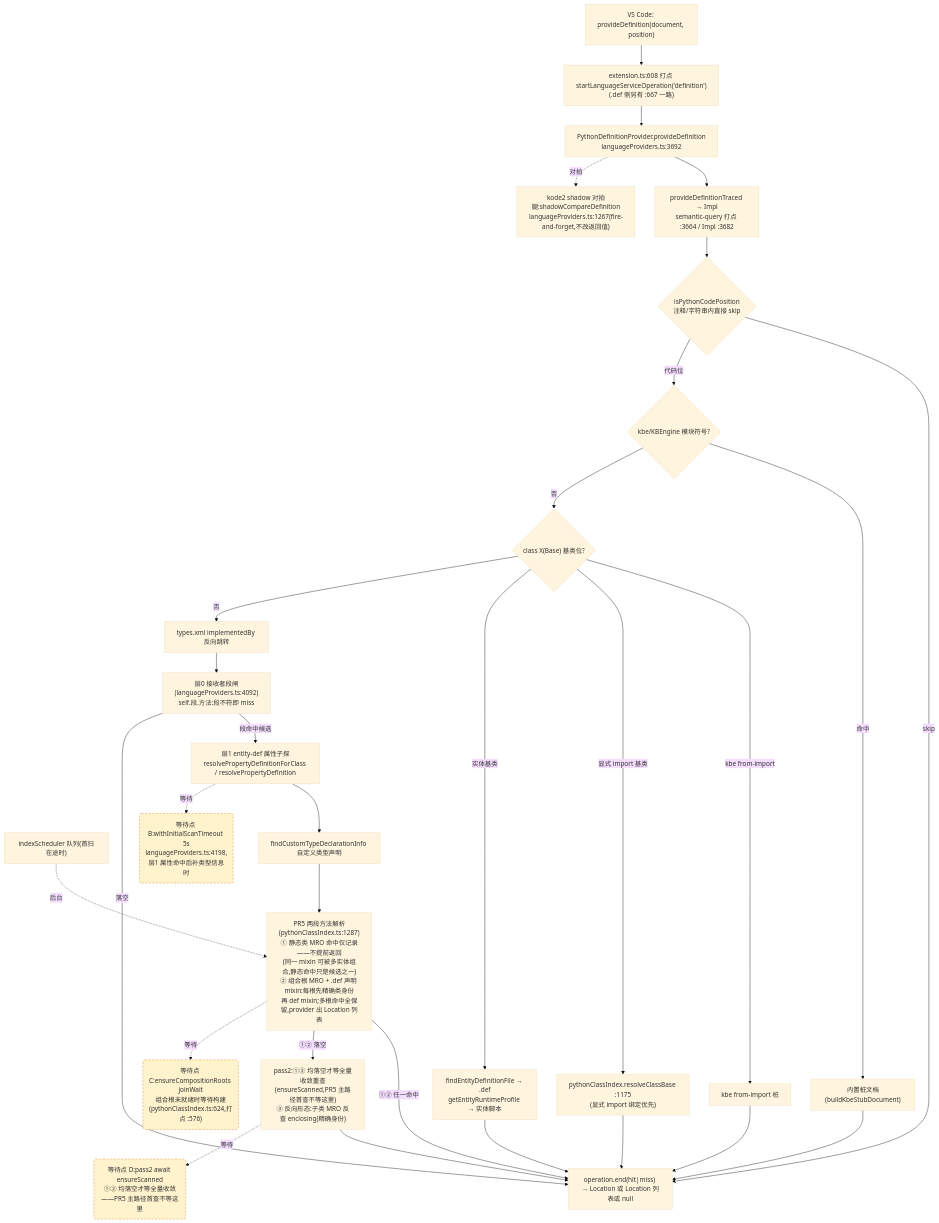
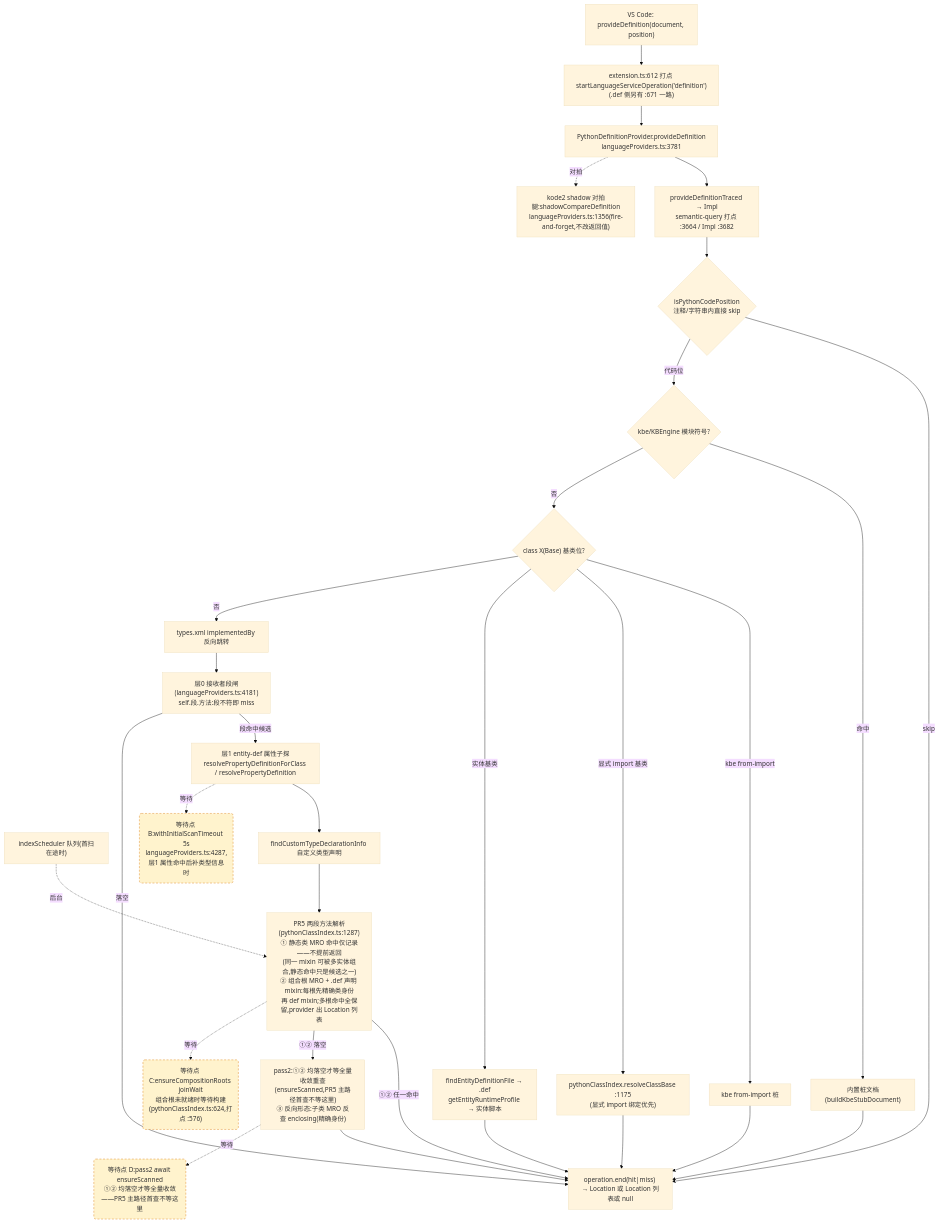
One commit to cuihairu/kode changed the second of 4 diagrams in docs/perf/2026-baseline.md. Above: the diagram before and after it, drawn with Mermaid (base theme). The commit also changed other lines of this file and 4 other files, not shown here.

````diff
--- a/docs/perf/2026-baseline.md
+++ b/docs/perf/2026-baseline.md
@@ -130,51 +130,51 @@
 ```mermaid
 flowchart TD
   VC2["VS Code: provideDefinition(document, position)"]
-  M2["extension.ts:608 打点 startLanguageServiceOperation('definition')<br/>(.def 侧另有 :667 一路)"]
-  AD2["PythonDefinitionProvider.provideDefinition<br/>languageProviders.ts:3692"]
+  M2["extension.ts:612 打点 startLanguageServiceOperation('definition')<br/>(.def 侧另有 :671 一路)"]
+  AD2["PythonDefinitionProvider.provideDefinition<br/>languageProviders.ts:3781"]
   TR["provideDefinitionTraced → Impl<br/>semantic-query 打点 :3664 / Impl :3682"]
   CTX{"isPythonCodePosition<br/>注释/字符串内直接 skip"}
   KBE{"kbe/KBEngine 模块符号?"}
   STUB["内置桩文档(buildKbeStubDocument)"]
   CB{"class X(Base) 基类位?"}
   CB1["kbe from-import 桩"]
   CB2["pythonClassIndex.resolveClassBase :1175<br/>(显式 import 绑定优先)"]
   CB3["findEntityDefinitionFile → .def<br/>getEntityRuntimeProfile → 实体脚本"]
   REV["types.xml implementedBy 反向跳转"]
-  L0["层0 接收者段闸(languageProviders.ts:4092)<br/>self.段.方法:段不符即 miss"]
+  L0["层0 接收者段闸(languageProviders.ts:4181)<br/>self.段.方法:段不符即 miss"]
   L1["层1 entity-def 属性子探<br/>resolvePropertyDefinitionForClass / resolvePropertyDefinition"]
   SCAN["indexScheduler 队列(首扫在途时)"]
   TY["findCustomTypeDeclarationInfo 自定义类型声明"]
   MRO["PR5 两段方法解析(pythonClassIndex.ts:1287)<br/>① 静态类 MRO 命中仅记录——不提前返回<br/>(同一 mixin 可被多实体组合,静态命中只是候选之一)<br/>② 组合根 MRO + .def 声明 mixin:每根先精确类身份<br/>再 def mixin;多根命中全保留,provider 出 Location 列表"]
   PASS2["pass2:①② 均落空才等全量收敛重查<br/>(ensureScanned,PR5 主路径首查不等这里)<br/>③ 反向形态:子类 MRO 反查 enclosing(精确身份)"]
-  SHD["kode2 shadow 对拍腿:shadowCompareDefinition<br/>languageProviders.ts:1267(fire-and-forget,不改返回值)"]
+  SHD["kode2 shadow 对拍腿:shadowCompareDefinition<br/>languageProviders.ts:1356(fire-and-forget,不改返回值)"]
   END2["operation.end(hit|miss) → Location 或 Location 列表或 null"]
 
   VC2 --> M2 --> AD2 --> TR --> CTX
   CTX -- "skip" --> END2
   CTX -- "代码位" --> KBE
   KBE -- "命中" --> STUB --> END2
   KBE -- "否" --> CB
   CB -- "kbe from-import" --> CB1 --> END2
   CB -- "显式 import 基类" --> CB2 --> END2
   CB -- "实体基类" --> CB3 --> END2
   CB -- "否" --> REV --> L0
   L0 -- "段命中候选" --> L1
   L0 -- "落空" --> END2
   L1 --> TY
   TY --> MRO
   MRO -- "①② 任一命中" --> END2
   MRO -- "①② 落空" --> PASS2 --> END2
   AD2 -.->|对拍| SHD
 
-  WAITB("等待点 B:withInitialScanTimeout 5s<br/>languageProviders.ts:4198,层1 属性命中后补类型信息时")
+  WAITB("等待点 B:withInitialScanTimeout 5s<br/>languageProviders.ts:4287,层1 属性命中后补类型信息时")
   WAITC("等待点 C:ensureCompositionRoots joinWait<br/>组合根未就绪时等待构建(pythonClassIndex.ts:624,打点 :576)")
   WAITD("等待点 D:pass2 await ensureScanned<br/>①② 均落空才等全量收敛——PR5 主路径首查不等这里")
   L1 -.->|等待| WAITB
   MRO -.->|等待| WAITC
   PASS2 -.->|等待| WAITD
   SCAN -.->|后台| MRO
 
   classDef waitPoint fill:#fff3cd,stroke:#d97706,stroke-dasharray:5 4;
   class WAITB,WAITC,WAITD waitPoint;
 ```
````
